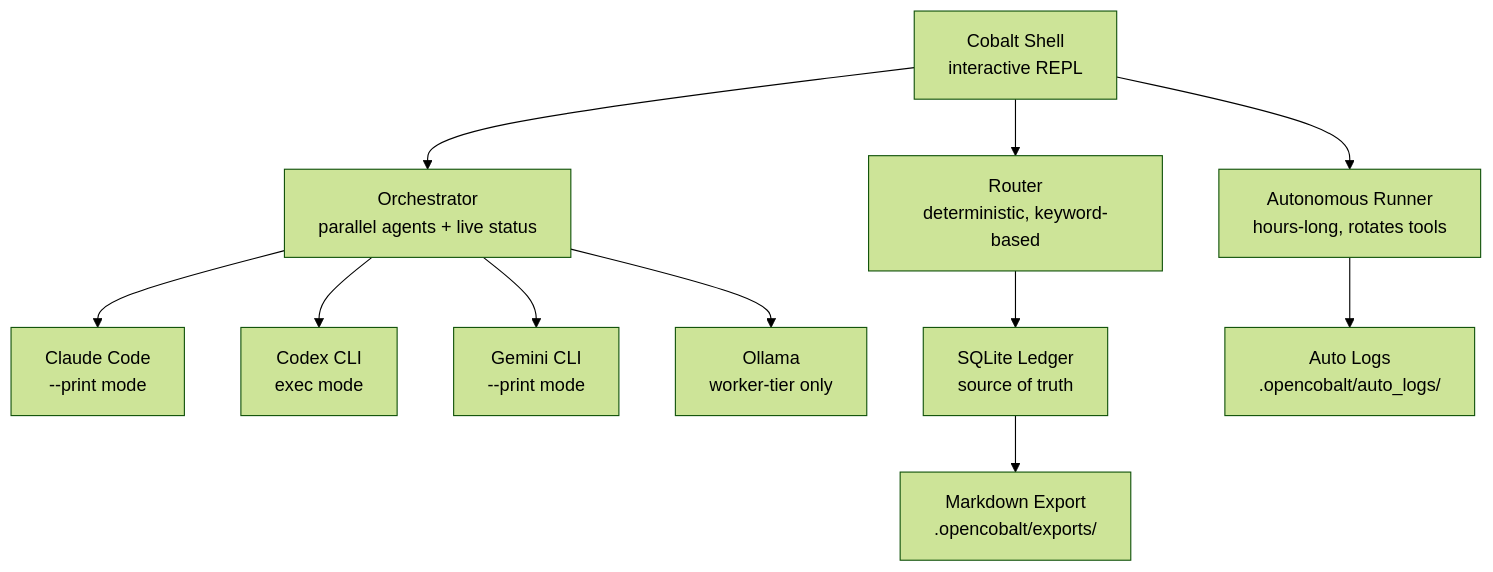
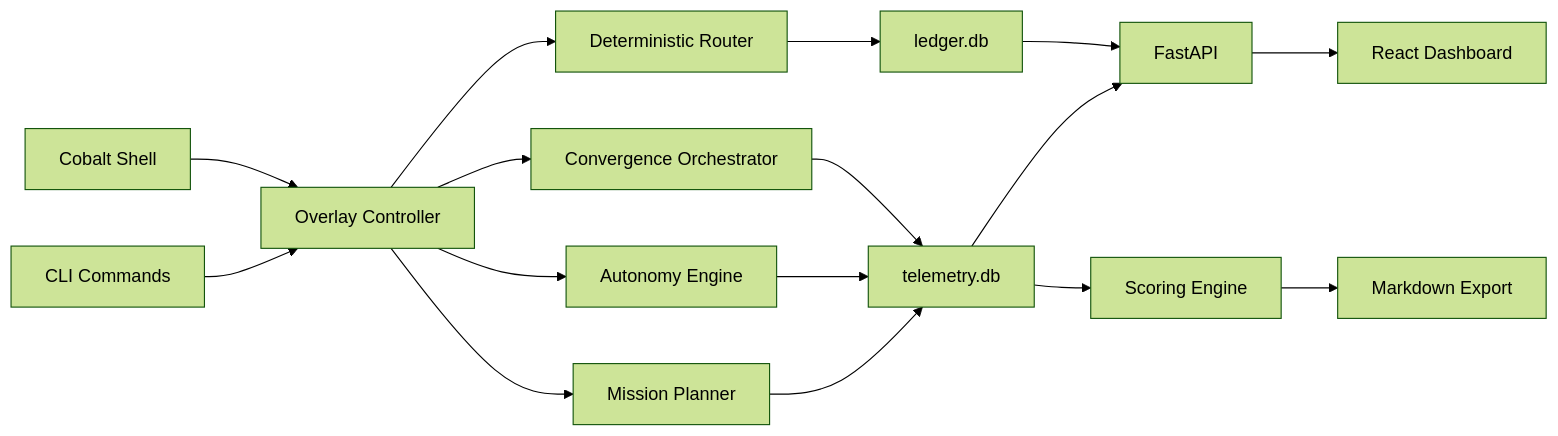
Before and after one commit to moderqtor/OpenCobalt: the diagram in README.md, drawn with Mermaid (forest theme). The commit also changed other lines of this file and 20 other files, not shown here.

````diff
--- a/README.md
+++ b/README.md
@@ -184,16 +88,18 @@
 ```mermaid
-graph TD
-    Shell["Cobalt Shell\ninteractive REPL"] --> Orch["Orchestrator\nparallel agents + live status"]
-    Shell --> Router["Router\ndeterministic, keyword-based"]
-    Shell --> Auto["Autonomous Runner\nhours-long, rotates tools"]
-
-    Orch --> Claude["Claude Code\n--print mode"]
-    Orch --> Codex["Codex CLI\nexec mode"]
-    Orch --> Gemini["Gemini CLI\n--print mode"]
-    Orch --> Ollama["Ollama\nworker-tier only"]
-
-    Router --> Ledger["SQLite Ledger\nsource of truth"]
-    Ledger --> Export["Markdown Export\n.opencobalt/exports/"]
-
-    Auto --> AutoLog["Auto Logs\n.opencobalt/auto_logs/"]
+graph LR
+    Shell["Cobalt Shell"] --> Overlay["Overlay Controller"]
+    CLI["CLI Commands"] --> Overlay
+    Overlay --> Router["Deterministic Router"]
+    Overlay --> Converge["Convergence Orchestrator"]
+    Overlay --> Auto["Autonomy Engine"]
+    Overlay --> Mission["Mission Planner"]
+    Router --> Ledger["ledger.db"]
+    Converge --> Telemetry["telemetry.db"]
+    Auto --> Telemetry
+    Mission --> Telemetry
+    Telemetry --> Scores["Scoring Engine"]
+    Scores --> Export["Markdown Export"]
+    Ledger --> API["FastAPI"]
+    Telemetry --> API
+    API --> UI["React Dashboard"]
 ```
````
